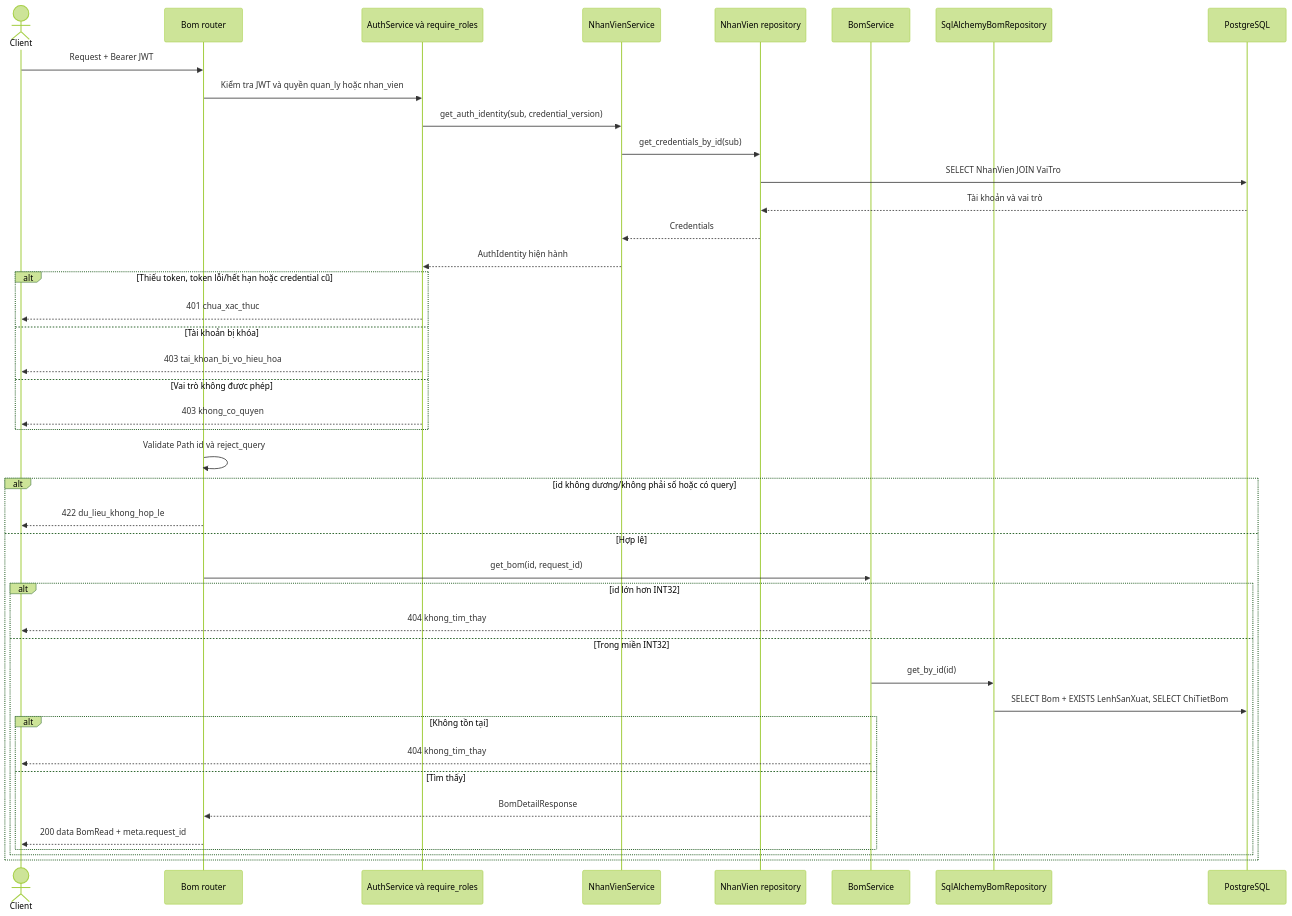
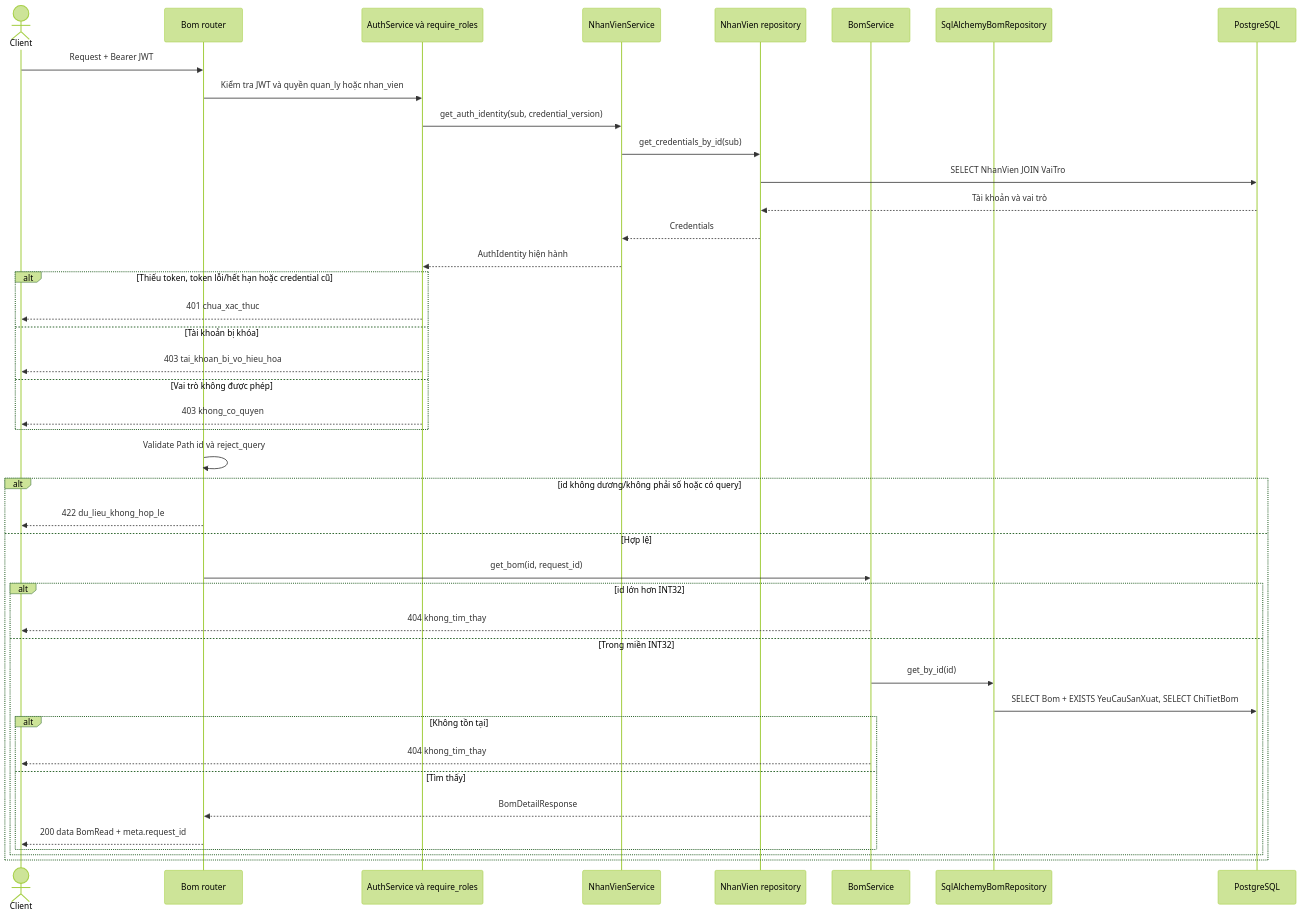
The second of 6 diagrams in docs/sequence/bom.md (thanhklt/xbike-mrp-system), drawn with Mermaid (forest theme) before and after one commit. The commit also changed other lines of this file and 38 other files, not shown here.

````diff
--- a/docs/sequence/bom.md
+++ b/docs/sequence/bom.md
@@ -61,44 +61,44 @@
 ```mermaid
 sequenceDiagram
     actor C as Client
     participant R as Bom router
     participant A as AuthService và require_roles
     participant N as NhanVienService
     participant NR as NhanVien repository
     participant S as BomService
     participant B as SqlAlchemyBomRepository
     participant P as PostgreSQL
     C->>R: Request + Bearer JWT
     R->>A: Kiểm tra JWT và quyền quan_ly hoặc nhan_vien
     A->>N: get_auth_identity(sub, credential_version)
     N->>NR: get_credentials_by_id(sub)
     NR->>P: SELECT NhanVien JOIN VaiTro
     P-->>NR: Tài khoản và vai trò
     NR-->>N: Credentials
     N-->>A: AuthIdentity hiện hành
     alt Thiếu token, token lỗi/hết hạn hoặc credential cũ
         A-->>C: 401 chua_xac_thuc
     else Tài khoản bị khóa
         A-->>C: 403 tai_khoan_bi_vo_hieu_hoa
     else Vai trò không được phép
         A-->>C: 403 khong_co_quyen
     end
     R->>R: Validate Path id và reject_query
     alt id không dương/không phải số hoặc có query
         R-->>C: 422 du_lieu_khong_hop_le
     else Hợp lệ
         R->>S: get_bom(id, request_id)
         alt id lớn hơn INT32
             S-->>C: 404 khong_tim_thay
         else Trong miền INT32
             S->>B: get_by_id(id)
-            B->>P: SELECT Bom + EXISTS LenhSanXuat, SELECT ChiTietBom
+            B->>P: SELECT Bom + EXISTS YeuCauSanXuat, SELECT ChiTietBom
             alt Không tồn tại
                 S-->>C: 404 khong_tim_thay
             else Tìm thấy
                 S-->>R: BomDetailResponse
                 R-->>C: 200 data BomRead + meta.request_id
             end
         end
     end
 ```
````
